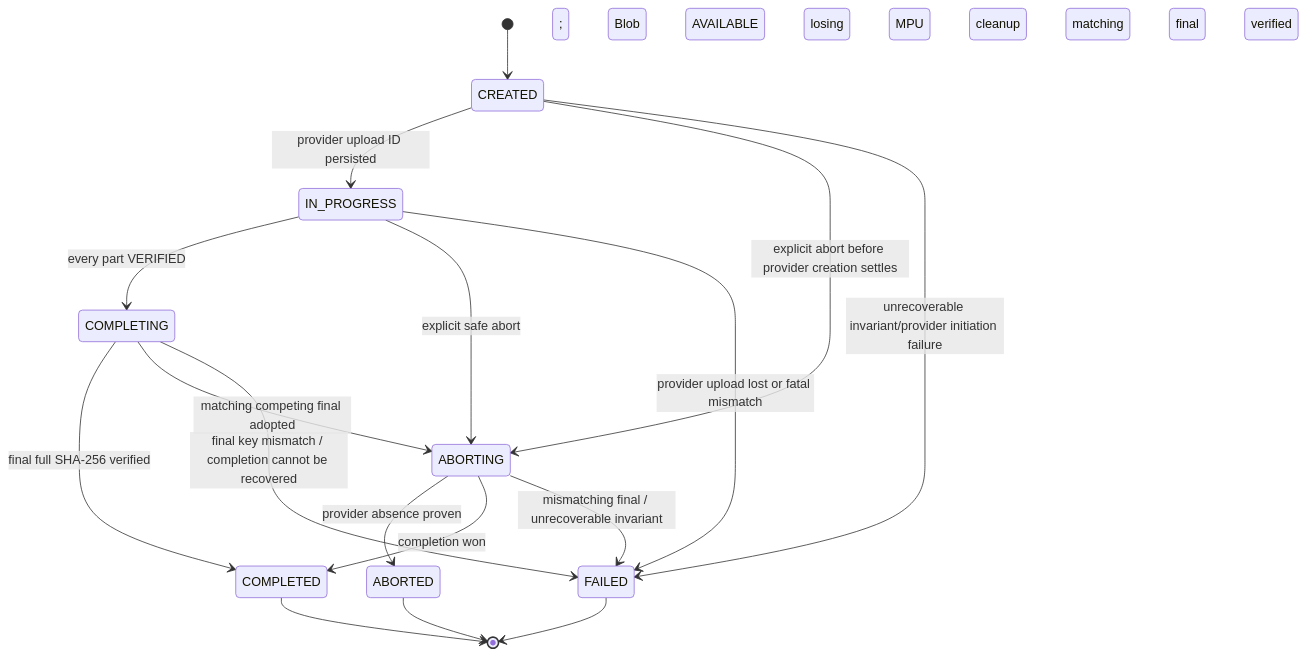
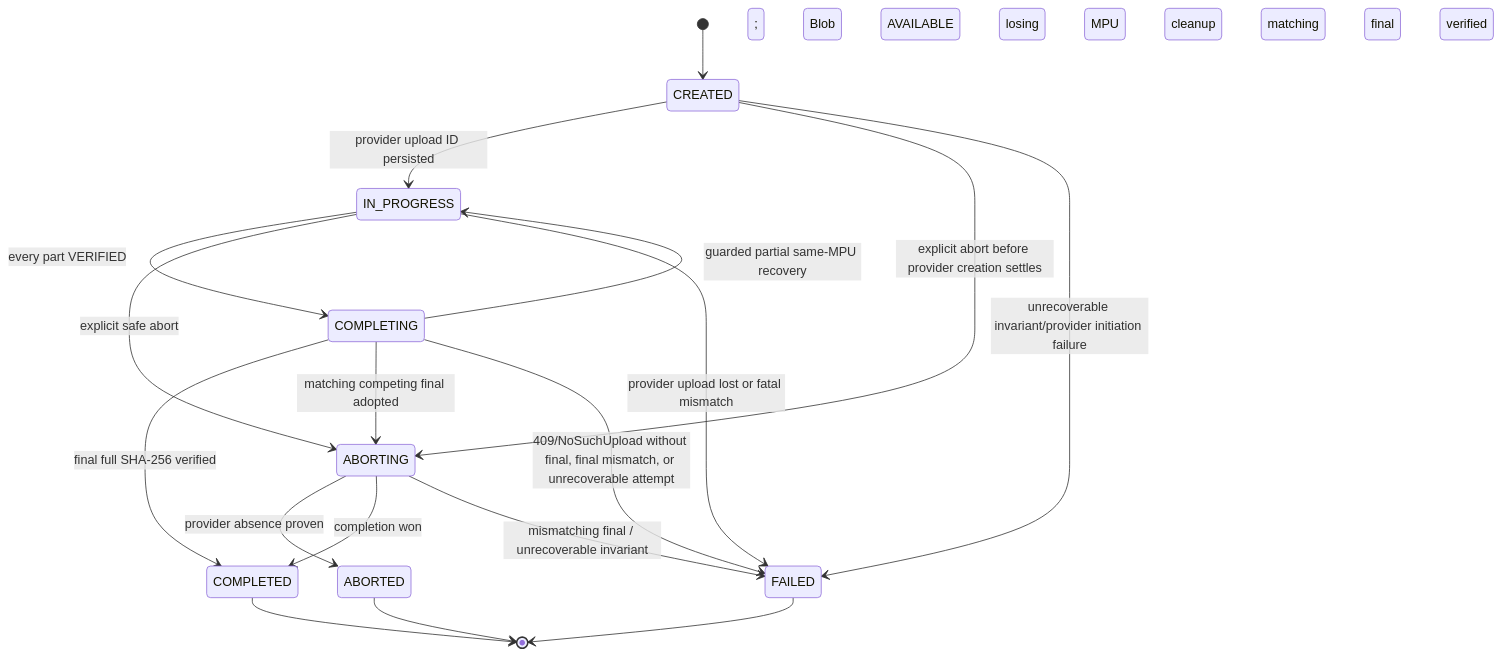
The first of 2 diagrams in docs/M2_STATE_MACHINES.md (zbnerd/RoboLake), drawn with Mermaid before and after one commit. The commit also changed other lines of this file and 19 other files, not shown here.

````diff
--- a/docs/M2_STATE_MACHINES.md
+++ b/docs/M2_STATE_MACHINES.md
@@ -20,19 +21,20 @@
 ```mermaid
 stateDiagram-v2
     [*] --> CREATED
     CREATED --> IN_PROGRESS: provider upload ID persisted
     CREATED --> ABORTING: explicit abort before provider creation settles
     CREATED --> FAILED: unrecoverable invariant/provider initiation failure
     IN_PROGRESS --> COMPLETING: every part VERIFIED
     IN_PROGRESS --> ABORTING: explicit safe abort
     IN_PROGRESS --> FAILED: provider upload lost or fatal mismatch
+    COMPLETING --> IN_PROGRESS: guarded partial same-MPU recovery
     COMPLETING --> COMPLETED: final full SHA-256 verified; Blob AVAILABLE
     COMPLETING --> ABORTING: matching competing final adopted; losing MPU cleanup
-    COMPLETING --> FAILED: final key mismatch / completion cannot be recovered
+    COMPLETING --> FAILED: 409/NoSuchUpload without final, final mismatch, or unrecoverable attempt
     ABORTING --> ABORTED: provider absence proven
     ABORTING --> COMPLETED: completion won; matching final verified
     ABORTING --> FAILED: mismatching final / unrecoverable invariant
     COMPLETED --> [*]
     ABORTED --> [*]
     FAILED --> [*]
 ```
````
